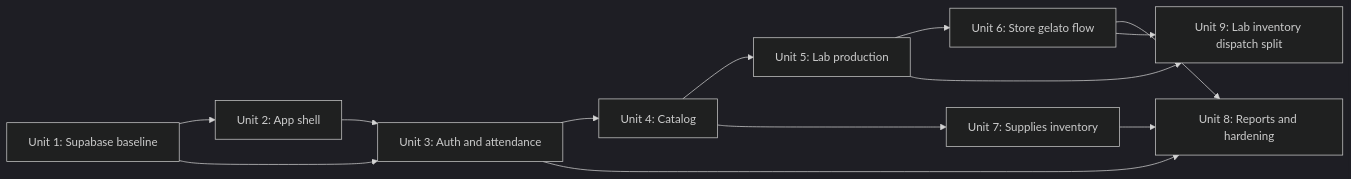
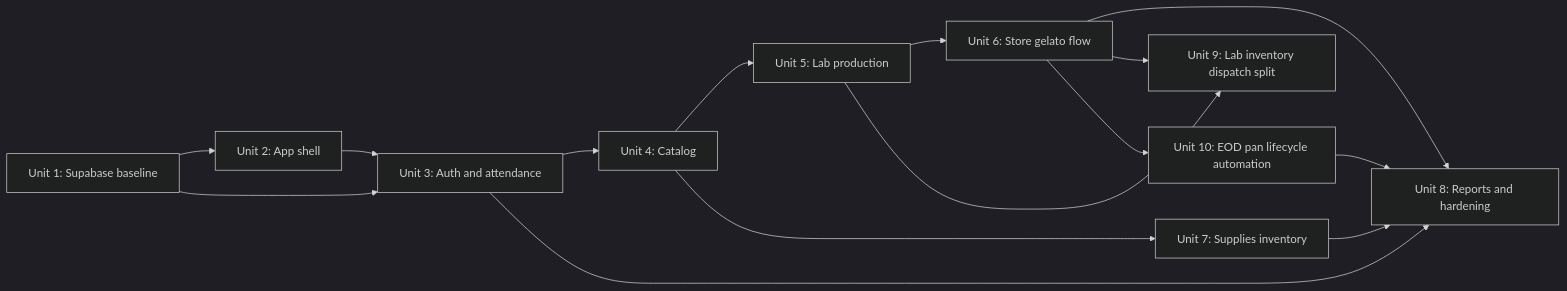
Before and after one commit to abourai2809/snowy: the second of 2 diagrams in docs/plans/2026-05-21-001-feat-operations-first-mvp-plan.md, drawn with Mermaid (dark theme). The commit also changed other lines of this file and 13 other files, not shown here.

Commit message:
feat: automate eod pan lifecycle

````diff
--- a/docs/plans/2026-05-21-001-feat-operations-first-mvp-plan.md
+++ b/docs/plans/2026-05-21-001-feat-operations-first-mvp-plan.md
@@ -483,15 +524,17 @@
 ```mermaid
 flowchart LR
   U1["Unit 1: Supabase baseline"] --> U2["Unit 2: App shell"]
   U1 --> U3["Unit 3: Auth and attendance"]
   U2 --> U3
   U3 --> U4["Unit 4: Catalog"]
   U4 --> U5["Unit 5: Lab production"]
   U5 --> U6["Unit 6: Store gelato flow"]
   U4 --> U7["Unit 7: Supplies inventory"]
   U6 --> U8["Unit 8: Reports and hardening"]
   U7 --> U8
   U3 --> U8
   U5 --> U9["Unit 9: Lab inventory dispatch split"]
   U6 --> U9
+  U6 --> U10["Unit 10: EOD pan lifecycle automation"]
+  U10 --> U8
 ```
````
